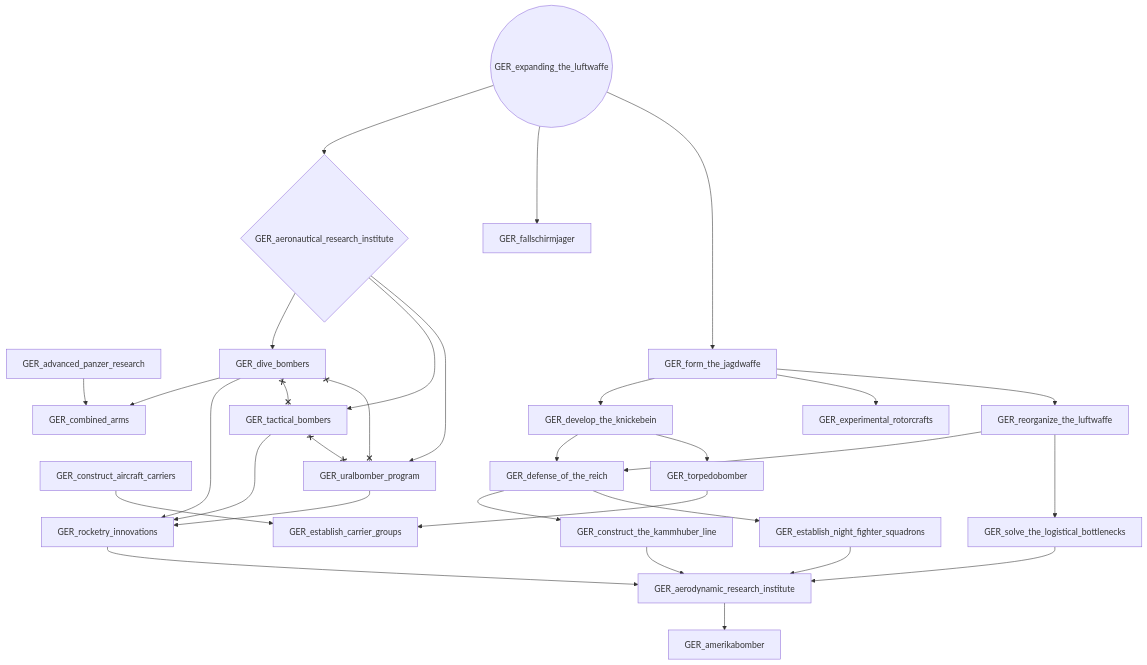
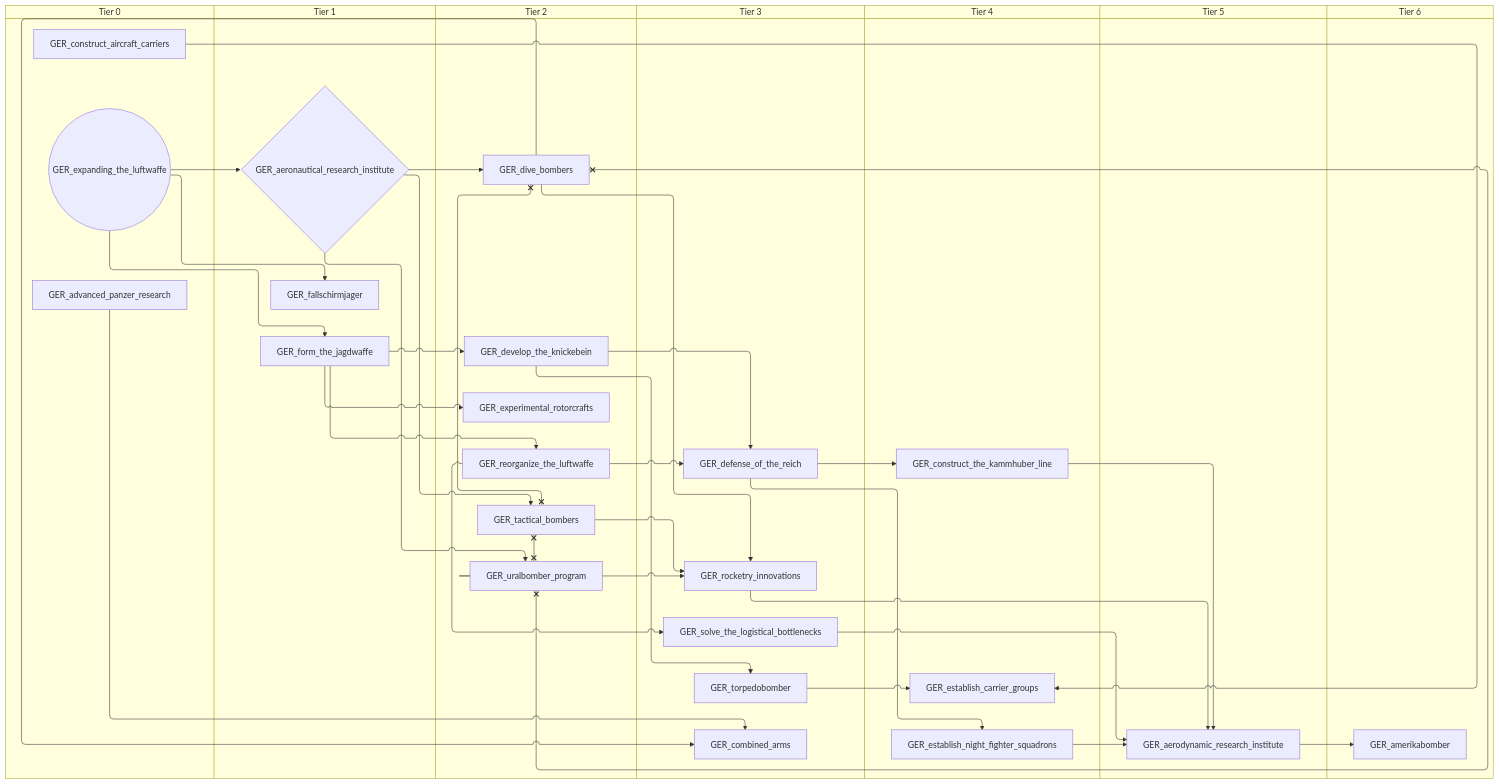
The second of 8 diagrams in docs/gdd/National Focuses/germany.md (evgeny-sobol/hoi4-sandbox-mode), drawn with Mermaid before and after one commit. The commit also changed other lines of this file and 80 other files, not shown here.

First line of the commit message:
Add swimlane mode to focus graph exporter

````diff
--- a/docs/gdd/National Focuses/germany.md
+++ b/docs/gdd/National Focuses/germany.md
@@ -64,55 +76,69 @@
 ```mermaid
-flowchart TD
-    n2["GER_advanced_panzer_research"]
-    n25["GER_aerodynamic_research_institute"]
-    n26{"GER_aeronautical_research_institute"}
-    n27["GER_amerikabomber"]
-    n5["GER_combined_arms"]
-    n28["GER_construct_aircraft_carriers"]
-    n29["GER_construct_the_kammhuber_line"]
-    n30["GER_defense_of_the_reich"]
-    n31["GER_develop_the_knickebein"]
-    n8["GER_dive_bombers"]
-    n32["GER_establish_carrier_groups"]
-    n33["GER_establish_night_fighter_squadrons"]
-    n34(("GER_expanding_the_luftwaffe"))
-    n35["GER_experimental_rotorcrafts"]
-    n36["GER_fallschirmjager"]
-    n37["GER_form_the_jagdwaffe"]
-    n38["GER_reorganize_the_luftwaffe"]
-    n39["GER_rocketry_innovations"]
-    n40["GER_solve_the_logistical_bottlenecks"]
-    n41["GER_tactical_bombers"]
-    n42["GER_torpedobomber"]
-    n43["GER_uralbomber_program"]
-    n40 --> n25
-    n29 --> n25
-    n33 --> n25
-    n39 --> n25
-    n34 --> n26
-    n25 --> n27
-    n2 --> n5
-    n8 --> n5
-    n30 --> n29
-    n38 --> n30
-    n31 --> n30
-    n37 --> n31
-    n26 --> n8
-    n42 --> n32
-    n28 --> n32
-    n30 --> n33
-    n37 --> n35
+swimlane-beta TD
+    subgraph tier_0["Tier 0"]
+        n6["GER_advanced_panzer_research"]
+        n25["GER_construct_aircraft_carriers"]
+        n26(("GER_expanding_the_luftwaffe"))
+    end
+    subgraph tier_1["Tier 1"]
+        n27{"GER_aeronautical_research_institute"}
+        n28["GER_fallschirmjager"]
+        n29["GER_form_the_jagdwaffe"]
+    end
+    subgraph tier_2["Tier 2"]
+        n30["GER_develop_the_knickebein"]
+        n2["GER_dive_bombers"]
+        n31["GER_experimental_rotorcrafts"]
+        n32["GER_reorganize_the_luftwaffe"]
+        n33["GER_tactical_bombers"]
+        n34["GER_uralbomber_program"]
+    end
+    subgraph tier_3["Tier 3"]
+        n14["GER_combined_arms"]
+        n35["GER_defense_of_the_reich"]
+        n36["GER_rocketry_innovations"]
+        n37["GER_solve_the_logistical_bottlenecks"]
+        n38["GER_torpedobomber"]
+    end
+    subgraph tier_4["Tier 4"]
+        n39["GER_construct_the_kammhuber_line"]
+        n40["GER_establish_carrier_groups"]
+        n41["GER_establish_night_fighter_squadrons"]
+    end
+    subgraph tier_5["Tier 5"]
+        n42["GER_aerodynamic_research_institute"]
+    end
+    subgraph tier_6["Tier 6"]
+        n43["GER_amerikabomber"]
+    end
+    n37 --> n42
+    n39 --> n42
+    n41 --> n42
+    n36 --> n42
+    n26 --> n27
+    n42 --> n43
+    n6 --> n14
+    n2 --> n14
+    n35 --> n39
+    n32 --> n35
+    n30 --> n35
+    n29 --> n30
+    n27 --> n2
+    n38 --> n40
+    n25 --> n40
+    n35 --> n41
+    n29 --> n31
+    n26 --> n28
+    n26 --> n29
+    n29 --> n32
+    n2 --> n36
+    n33 --> n36
     n34 --> n36
-    n34 --> n37
-    n37 --> n38
-    n8 --> n39
-    n41 --> n39
-    n43 --> n39
-    n38 --> n40
-    n26 --> n41
-    n31 --> n42
-    n26 --> n43
-    n8 x--x n41
-    n8 x--x n43
-    n41 x--x n43
+    n32 --> n37
+    n27 --> n33
+    n30 --> n38
+    n27 --> n34
+    n2 x--x n33
+    n2 x--x n34
+    n33 x--x n34
 ```
````
